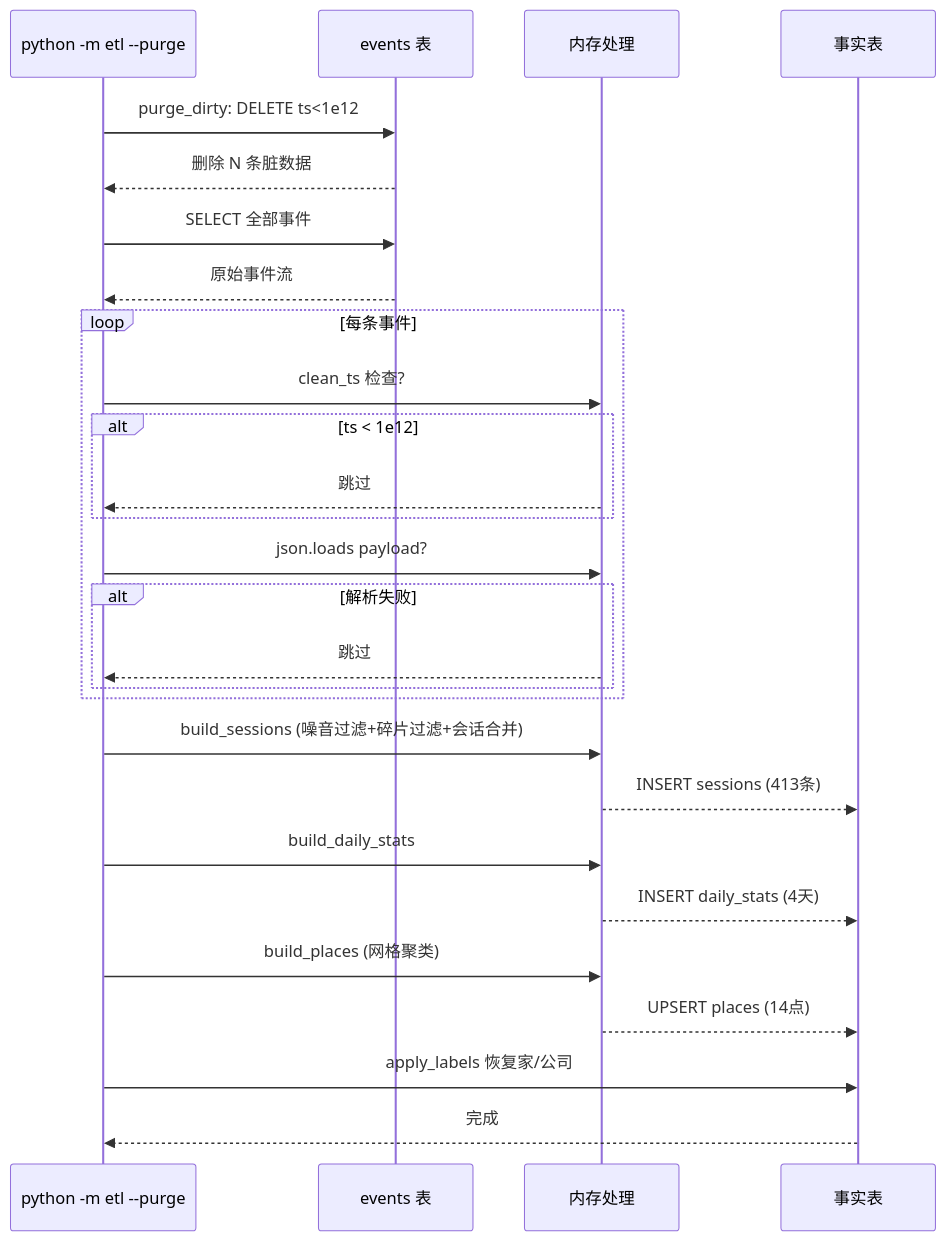
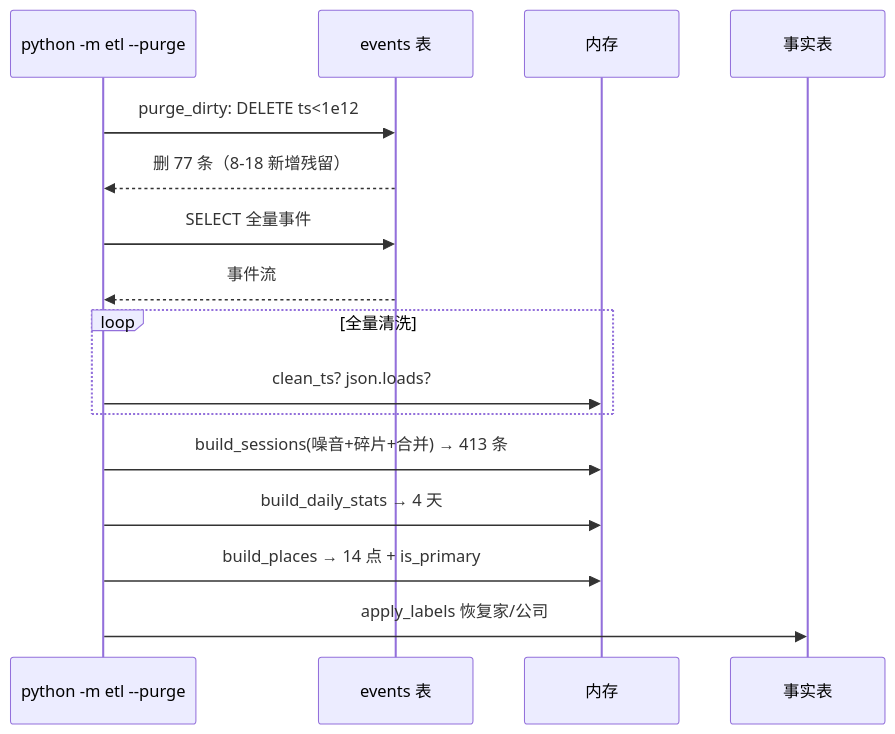
One commit to weweaq/WithLangGraph changed the ninth of 9 diagrams in docs/etl-cleaning-guide.md. Above: the diagram before and after it, drawn with Mermaid. The commit also changed other lines of this file and 1 other file, not shown here.

````diff
--- a/docs/etl-cleaning-guide.md
+++ b/docs/etl-cleaning-guide.md
@@ -449,32 +287,18 @@
 ```mermaid
 sequenceDiagram
     participant CLI as python -m etl --purge
     participant DB as events 表
-    participant M as 内存处理
+    participant M as 内存
     participant F as 事实表
-
     CLI->>DB: purge_dirty: DELETE ts<1e12
-    DB-->>CLI: 删除 N 条脏数据
-    CLI->>DB: SELECT 全部事件
-    DB-->>CLI: 原始事件流
-
-    loop 每条事件
-        CLI->>M: clean_ts 检查?
-        alt ts < 1e12
-            M-->>CLI: 跳过
-        end
-        CLI->>M: json.loads payload?
-        alt 解析失败
-            M-->>CLI: 跳过
-        end
+    DB-->>CLI: 删 77 条（8-18 新增残留）
+    CLI->>DB: SELECT 全量事件
+    DB-->>CLI: 事件流
+    loop 全量清洗
+        CLI->>M: clean_ts? json.loads?
     end
-
-    CLI->>M: build_sessions (噪音过滤+碎片过滤+会话合并)
-    M-->>F: INSERT sessions (413条)
-    CLI->>M: build_daily_stats
-    M-->>F: INSERT daily_stats (4天)
-    CLI->>M: build_places (网格聚类)
-    M-->>F: UPSERT places (14点)
+    CLI->>M: build_sessions(噪音+碎片+合并) → 413 条
+    CLI->>M: build_daily_stats → 4 天
+    CLI->>M: build_places → 14 点 + is_primary
     CLI->>F: apply_labels 恢复家/公司
-    F-->>CLI: 完成
 ```
````
